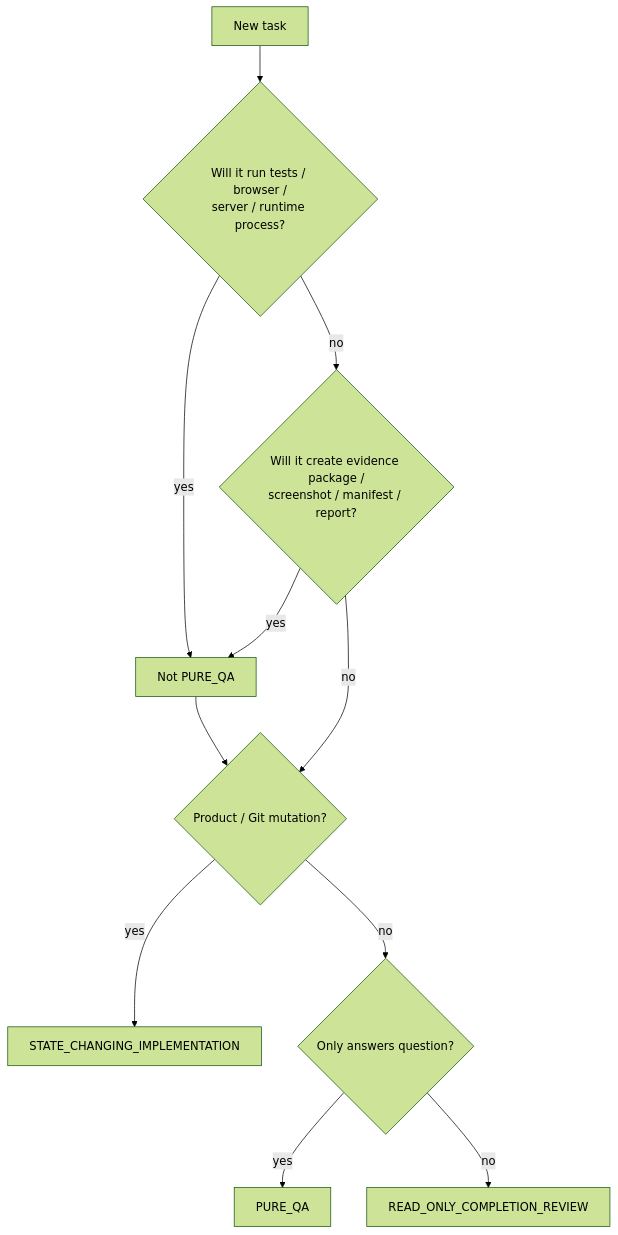
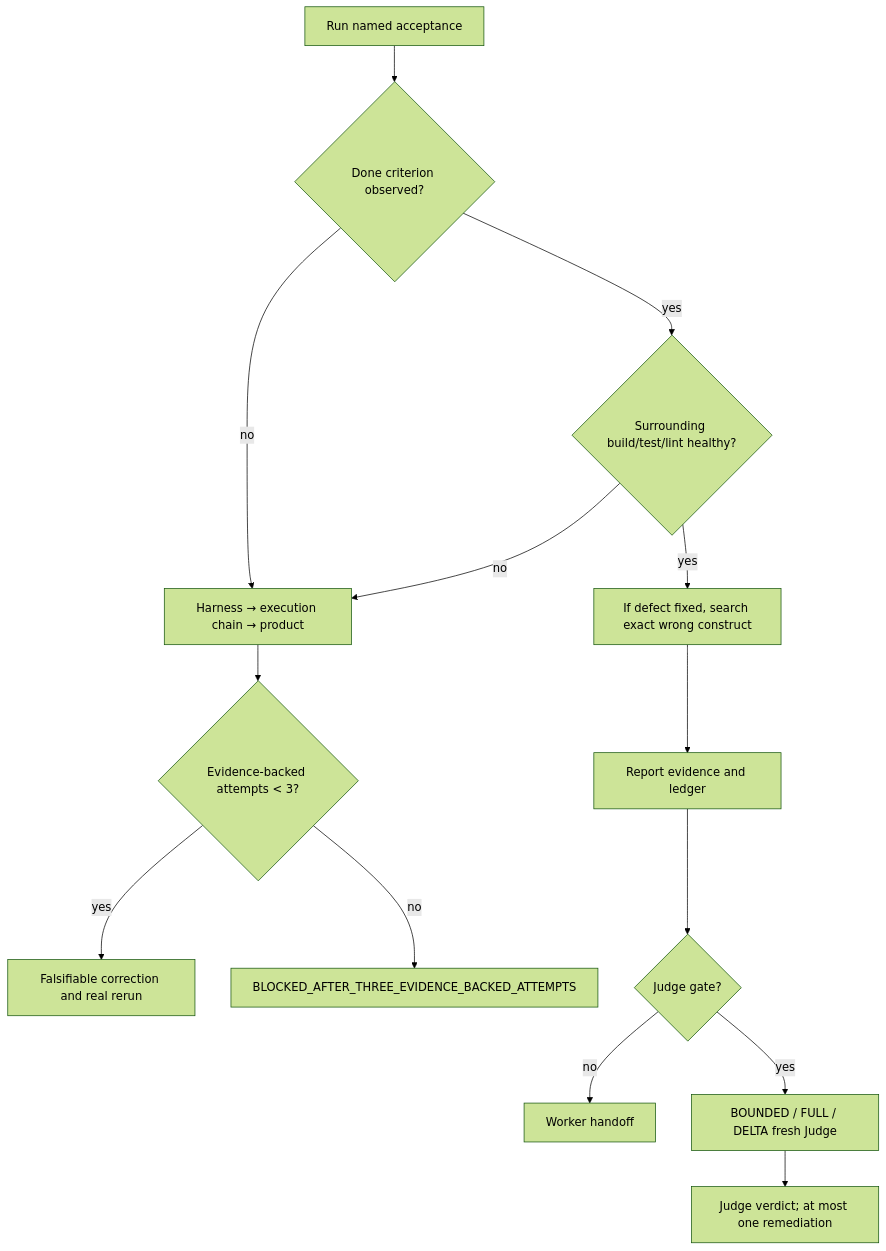
Before and after one commit to kelvinhuang0327/skill: the fourth of 5 diagrams in fable-method/platforms/gemini/fable-method/references/flowcharts.md, drawn with Mermaid (forest theme). The commit also changed other lines of this file and 63 other files, not shown here.

````diff
--- a/fable-method/platforms/gemini/fable-method/references/flowcharts.md
+++ b/fable-method/platforms/gemini/fable-method/references/flowcharts.md
@@ -248,13 +83,16 @@
 ```mermaid
 flowchart TD
-    A["New task"] --> B{"Will it run tests / browser /<br/>server / runtime process?"}
-    B -->|yes| NOTQA["Not PURE_QA"]
-    B -->|no| C{"Will it create evidence package /<br/>screenshot / manifest / report?"}
-    C -->|yes| NOTQA
-    C -->|no| D{"Product / Git mutation?"}
-    D -->|yes| SCI["STATE_CHANGING_IMPLEMENTATION"]
-    D -->|no| E{"Only answers question?"}
-    E -->|yes| PQA["PURE_QA"]
-    E -->|no| ROCR["READ_ONLY_COMPLETION_REVIEW"]
-    NOTQA --> D
+    RUN["Run named acceptance"] --> A{"Done criterion observed?"}
+    A -->|no| LADDER["Harness → execution chain → product"]
+    A -->|yes| B{"Surrounding build/test/lint healthy?"}
+    B -->|no| LADDER
+    B -->|yes| TWIN["If defect fixed, search exact wrong construct"]
+    TWIN --> REPORT["Report evidence and ledger"]
+    LADDER --> RETRY{"Evidence-backed attempts < 3?"}
+    RETRY -->|yes| FIX["Falsifiable correction and real rerun"]
+    RETRY -->|no| STOP["BLOCKED_AFTER_THREE_EVIDENCE_BACKED_ATTEMPTS"]
+    REPORT --> GATE{"Judge gate?"}
+    GATE -->|no| HANDOFF["Worker handoff"]
+    GATE -->|yes| DEPTH["BOUNDED / FULL / DELTA fresh Judge"]
+    DEPTH --> VERDICT["Judge verdict; at most one remediation"]
 ```
````
